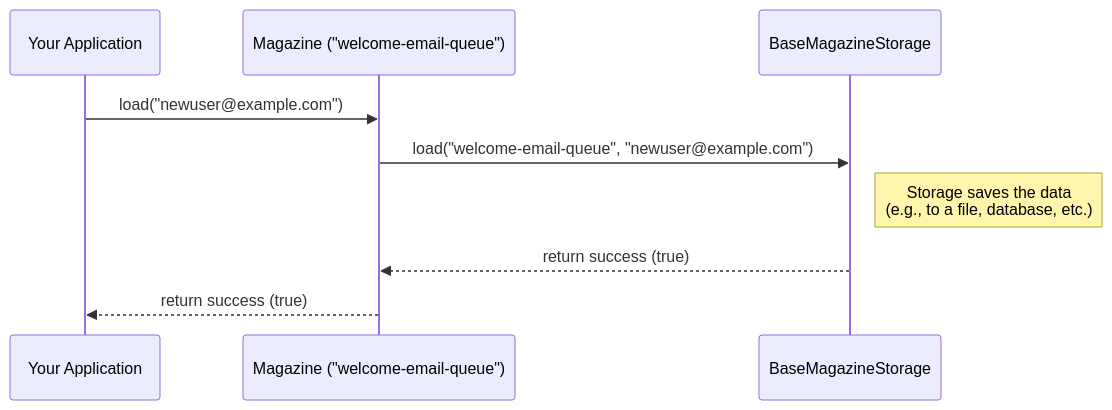
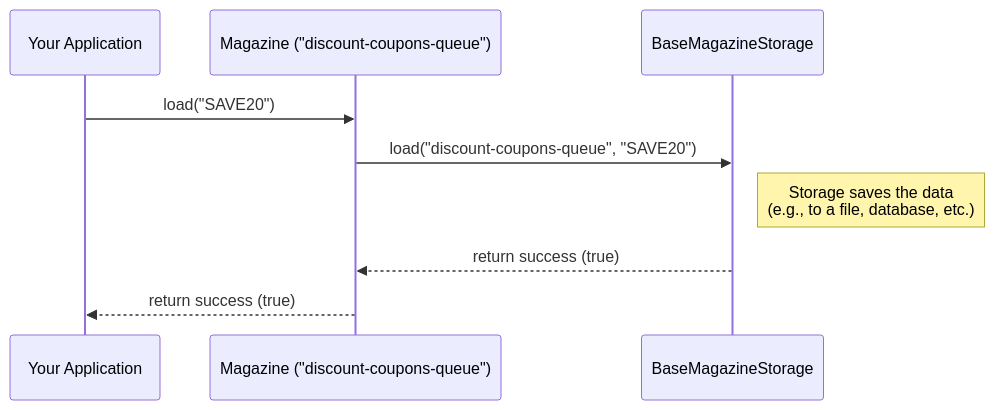
Before and after one commit to PhonePe/Magazine: the diagram in tutorials/magazine.md, drawn with Mermaid. The commit also changed other lines of this file and 6 other files, not shown here.

````diff
--- a/tutorials/magazine.md
+++ b/tutorials/magazine.md
@@ -144,12 +144,12 @@
 ```mermaid
 sequenceDiagram
     participant App as Your Application
-    participant Mag as Magazine ("welcome-email-queue")
+    participant Mag as Magazine ("discount-coupons-queue")
     participant Storage as BaseMagazineStorage
 
-    App ->> Mag: load("newuser@example.com")
-    Mag ->> Storage: load("welcome-email-queue", "newuser@example.com")
+    App ->> Mag: load("SAVE20")
+    Mag ->> Storage: load("discount-coupons-queue", "SAVE20")
     Note right of Storage: Storage saves the data<br/>(e.g., to a file, database, etc.)
     Storage -->> Mag: return success (true)
     Mag -->> App: return success (true)
 ```
````
